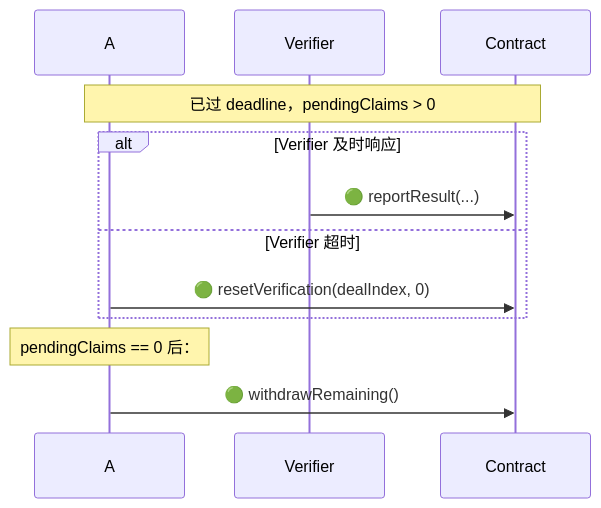
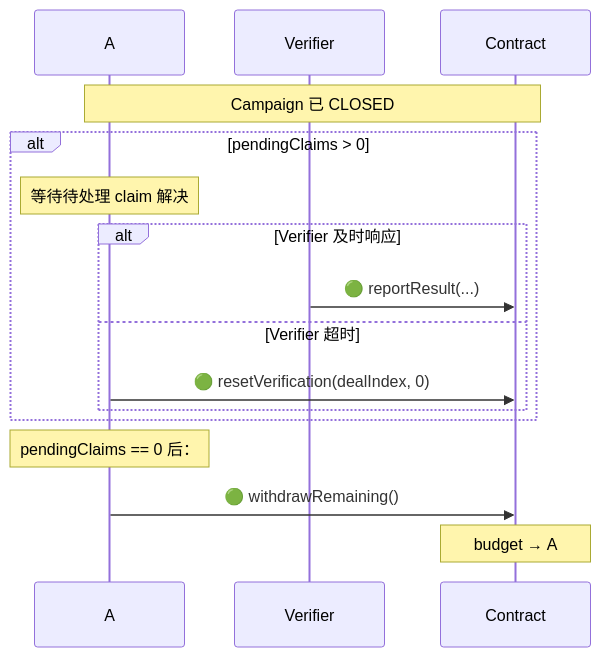
One commit to synctxai/synctx changed the fifth of 5 diagrams in examples/x-follow/x-follow-design-zh.md. Above: the diagram before and after it, drawn with Mermaid. The commit also changed other lines of this file and 1 other file, not shown here.

````diff
--- a/examples/x-follow/x-follow-design-zh.md
+++ b/examples/x-follow/x-follow-design-zh.md
@@ -384,17 +412,21 @@
 ```mermaid
 sequenceDiagram
     participant A as A
     participant V as Verifier
     participant C as Contract
 
-    Note over A,C: 已过 deadline，pendingClaims > 0
+    Note over A,C: Campaign 已 CLOSED
 
-    alt Verifier 及时响应
-        V->>C: 🟢 reportResult(...)
-    else Verifier 超时
-        A->>C: 🟢 resetVerification(dealIndex, 0)
+    alt pendingClaims > 0
+        Note over A: 等待待处理 claim 解决
+        alt Verifier 及时响应
+            V->>C: 🟢 reportResult(...)
+        else Verifier 超时
+            A->>C: 🟢 resetVerification(dealIndex, 0)
+        end
     end
 
     Note over A: pendingClaims == 0 后：
     A->>C: 🟢 withdrawRemaining()
+    Note over C: budget → A
 ```
````
